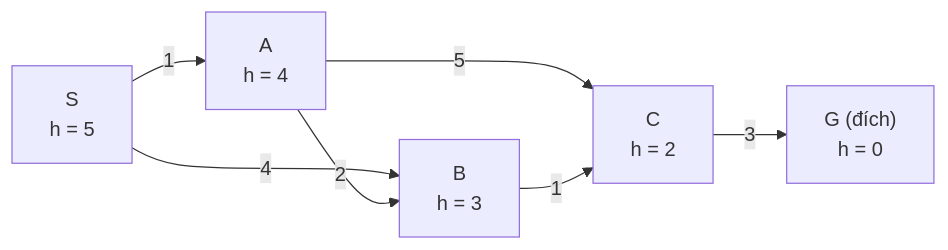
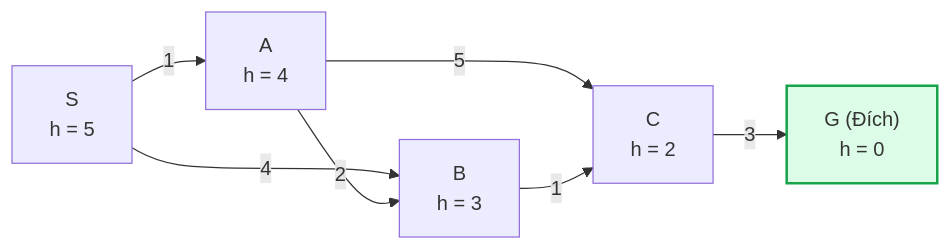
The first of 5 diagrams in docs/bieu-dien-tri-thuc/bai-giang/03-tim-kiem-kinh-nghiem.md (KazinMintori/StudyHub), drawn with Mermaid before and after one commit. The commit also changed other lines of this file and 558 other files, not shown here.

````diff
--- a/docs/bieu-dien-tri-thuc/bai-giang/03-tim-kiem-kinh-nghiem.md
+++ b/docs/bieu-dien-tri-thuc/bai-giang/03-tim-kiem-kinh-nghiem.md
@@ -23,9 +35,12 @@
 ```mermaid
 flowchart LR
     S["S<br/>h = 5"] -->|1| A["A<br/>h = 4"]
     S -->|4| B["B<br/>h = 3"]
     A -->|2| B
     A -->|5| C["C<br/>h = 2"]
     B -->|1| C
-    C -->|3| G["G (đích)<br/>h = 0"]
+    C -->|3| G["G (Đích)<br/>h = 0"]
+
+    classDef goal fill:#dcfce7,stroke:#16a34a,stroke-width:2px;
+    class G goal;
 ```
````
